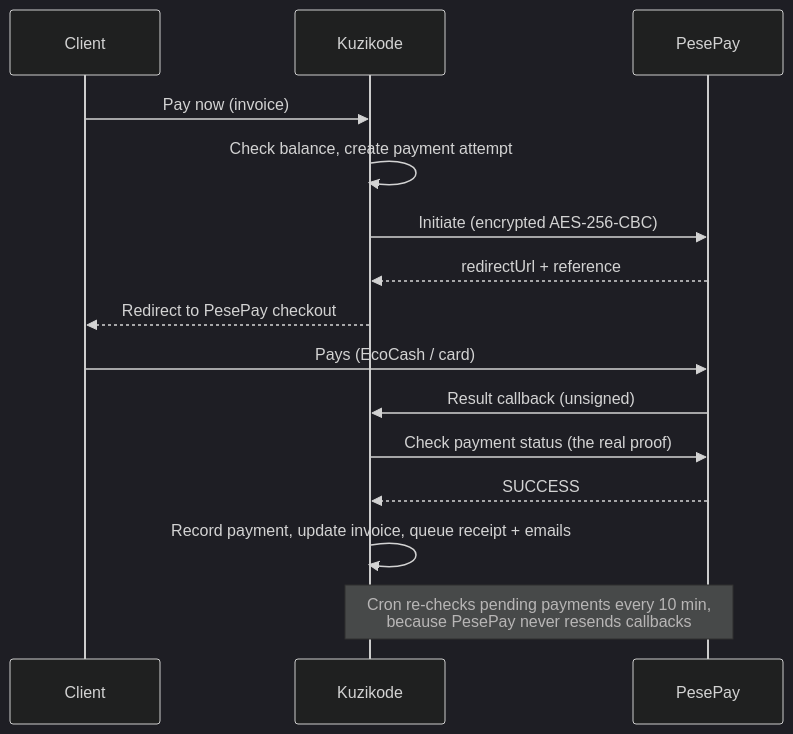
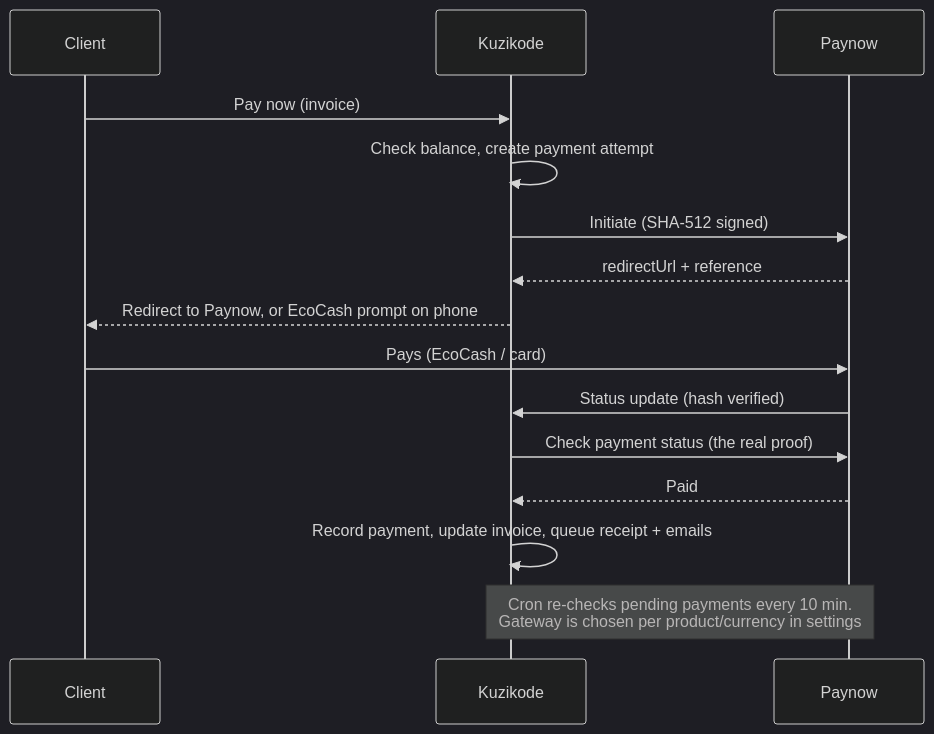
Before and after one commit to mhodieknowledge/kuzikode-platform: the second of 4 diagrams in KANSO-NOTE.md, drawn with Mermaid (dark theme). The commit also changed other lines of this file and 15 other files, not shown here.

First line of the commit message:
docs: update dev pack to gateway-independent payments and custom checkout

````diff
--- a/KANSO-NOTE.md
+++ b/KANSO-NOTE.md
@@ -82,17 +82,17 @@
 ```mermaid
 sequenceDiagram
     participant C as Client
     participant K as Kuzikode
-    participant P as PesePay
+    participant P as Paynow
     C->>K: Pay now (invoice)
     K->>K: Check balance, create payment attempt
-    K->>P: Initiate (encrypted AES-256-CBC)
+    K->>P: Initiate (SHA-512 signed)
     P-->>K: redirectUrl + reference
-    K-->>C: Redirect to PesePay checkout
+    K-->>C: Redirect to Paynow, or EcoCash prompt on phone
     C->>P: Pays (EcoCash / card)
-    P->>K: Result callback (unsigned)
+    P->>K: Status update (hash verified)
     K->>P: Check payment status (the real proof)
-    P-->>K: SUCCESS
+    P-->>K: Paid
     K->>K: Record payment, update invoice, queue receipt + emails
-    Note over K,P: Cron re-checks pending payments every 10 min,<br/>because PesePay never resends callbacks
+    Note over K,P: Cron re-checks pending payments every 10 min.<br/>Gateway is chosen per product/currency in settings
 ```
````
